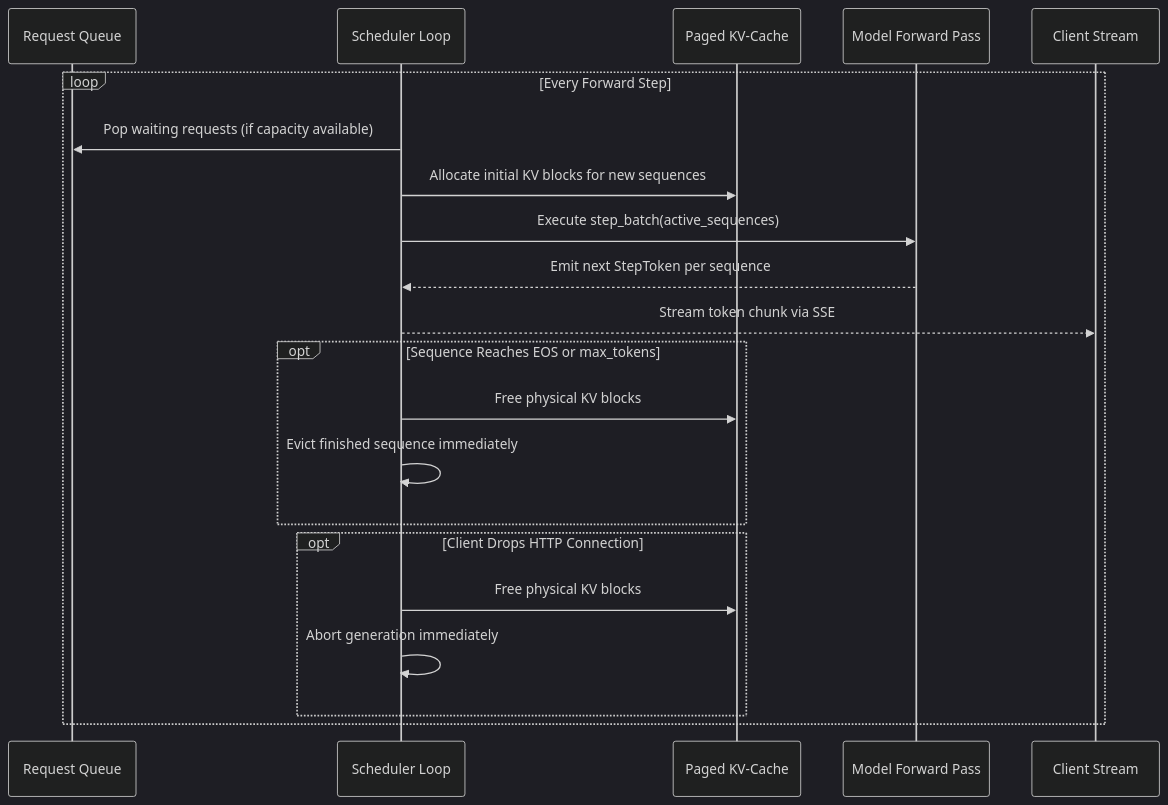
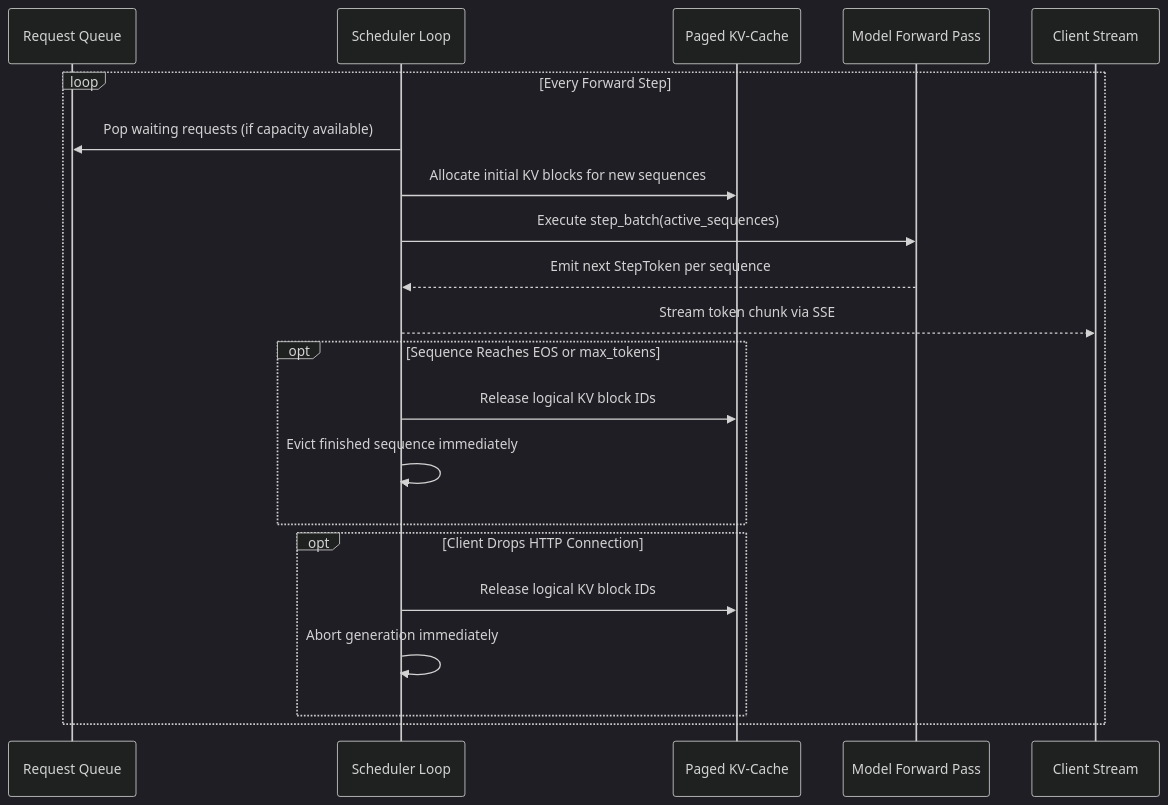
The diagram in docs/continuous_batching_and_kv_cache.md (Harsha-Karimikonda/mini-serve-rs), drawn with Mermaid (dark theme) before and after one commit. The commit also changed other lines of this file and 47 other files, not shown here.

````diff
--- a/docs/continuous_batching_and_kv_cache.md
+++ b/docs/continuous_batching_and_kv_cache.md
@@ -16,24 +16,24 @@
 ```mermaid
 sequenceDiagram
     participant Queue as Request Queue
     participant Sched as Scheduler Loop
     participant Cache as Paged KV-Cache
     participant GPU as Model Forward Pass
     participant Client as Client Stream
 
     loop Every Forward Step
         Sched->>Queue: Pop waiting requests (if capacity available)
         Sched->>Cache: Allocate initial KV blocks for new sequences
         Sched->>GPU: Execute step_batch(active_sequences)
         GPU-->>Sched: Emit next StepToken per sequence
         Sched-->>Client: Stream token chunk via SSE
         opt Sequence Reaches EOS or max_tokens
-            Sched->>Cache: Free physical KV blocks
+            Sched->>Cache: Release logical KV block IDs
             Sched->>Sched: Evict finished sequence immediately
         end
         opt Client Drops HTTP Connection
-            Sched->>Cache: Free physical KV blocks
+            Sched->>Cache: Release logical KV block IDs
             Sched->>Sched: Abort generation immediately
         end
     end
 ```
````
